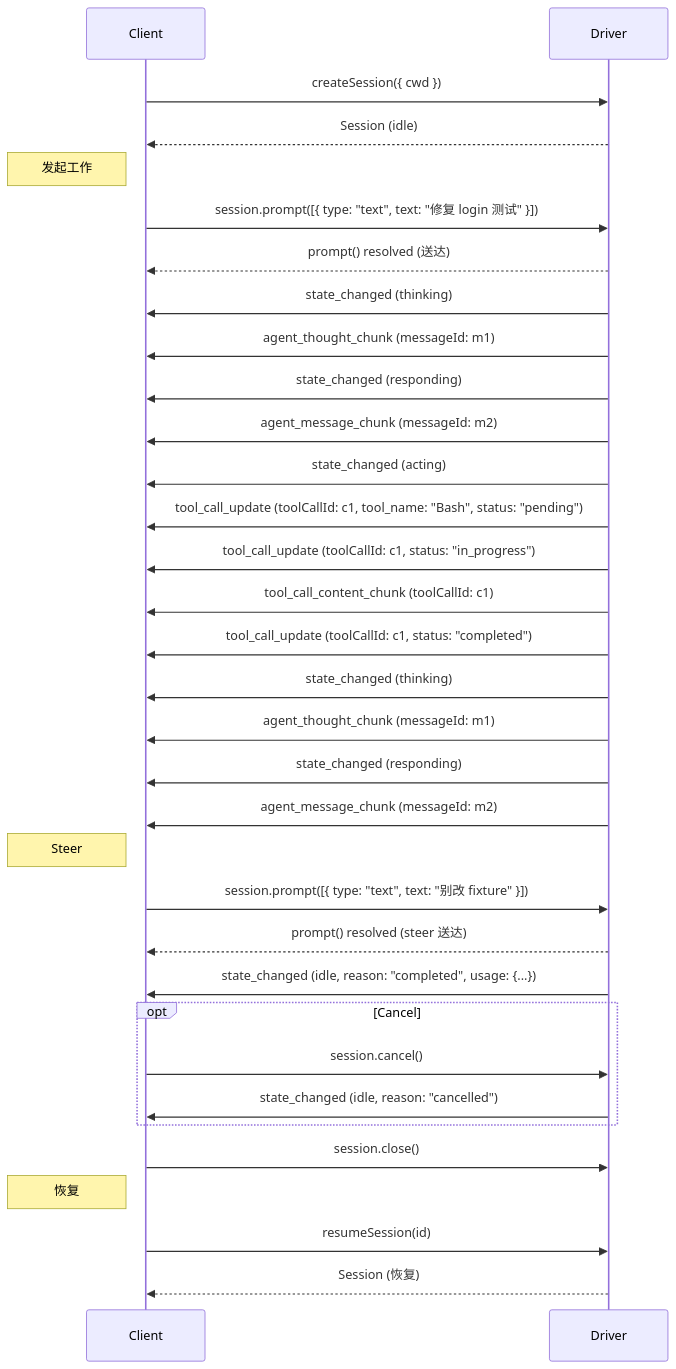
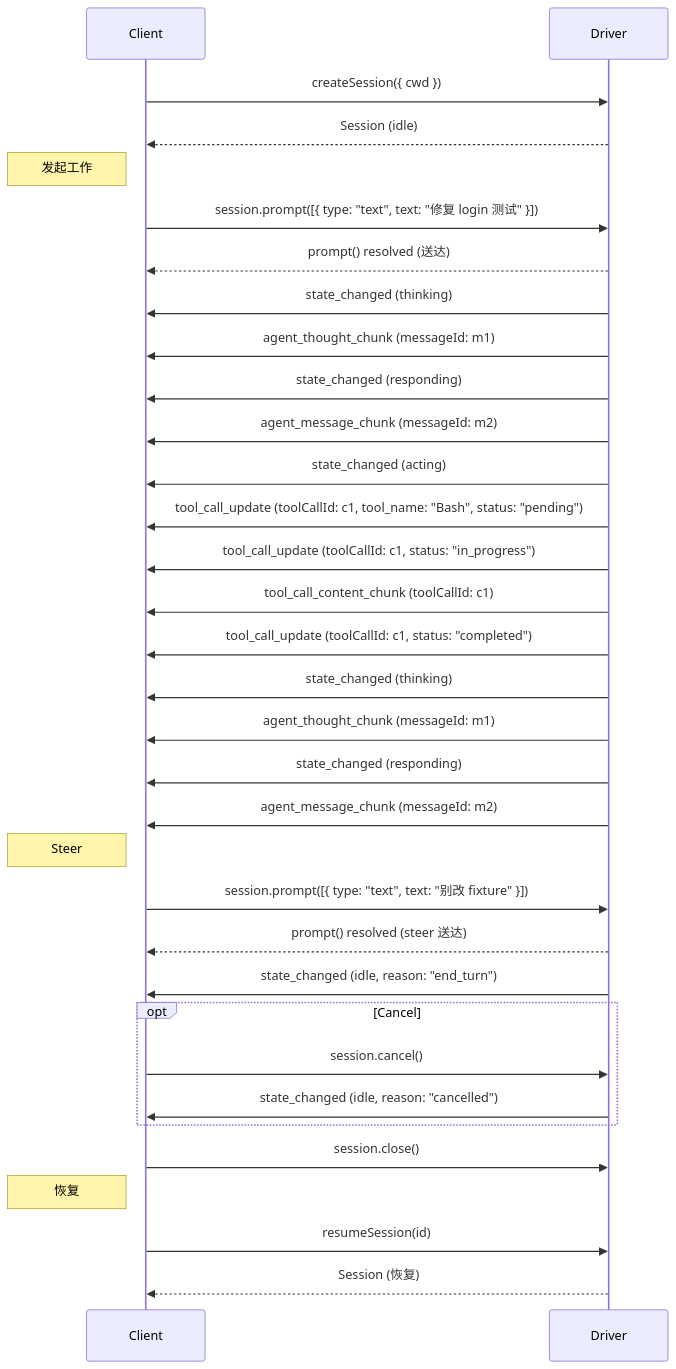
One commit to systemxlabs/amux changed the diagram in AHAL.md. Above: the diagram before and after it, drawn with Mermaid. The commit also changed other lines of this file, not shown here.

First line of the commit message:
AHAL: align stop reason and usage_update with ACP v2

````diff
--- a/AHAL.md
+++ b/AHAL.md
@@ -279,43 +287,43 @@
 ```mermaid
 sequenceDiagram
     participant Client
     participant Driver
 
     Client->>Driver: createSession({ cwd })
     Driver-->>Client: Session (idle)
 
     Note left of Client: 发起工作
     Client->>Driver: session.prompt([{ type: "text", text: "修复 login 测试" }])
     Driver-->>Client: prompt() resolved (送达)
 
     Driver->>Client: state_changed (thinking)
     Driver->>Client: agent_thought_chunk (messageId: m1)
     Driver->>Client: state_changed (responding)
     Driver->>Client: agent_message_chunk (messageId: m2)
     Driver->>Client: state_changed (acting)
     Driver->>Client: tool_call_update (toolCallId: c1, tool_name: "Bash", status: "pending")
     Driver->>Client: tool_call_update (toolCallId: c1, status: "in_progress")
     Driver->>Client: tool_call_content_chunk (toolCallId: c1)
     Driver->>Client: tool_call_update (toolCallId: c1, status: "completed")
     Driver->>Client: state_changed (thinking)
     Driver->>Client: agent_thought_chunk (messageId: m1)
     Driver->>Client: state_changed (responding)
     Driver->>Client: agent_message_chunk (messageId: m2)
 
     Note left of Client: Steer
     Client->>Driver: session.prompt([{ type: "text", text: "别改 fixture" }])
     Driver-->>Client: prompt() resolved (steer 送达)
 
-    Driver->>Client: state_changed (idle, reason: "completed", usage: {...})
+    Driver->>Client: state_changed (idle, reason: "end_turn")
 
     opt Cancel
         Client->>Driver: session.cancel()
         Driver->>Client: state_changed (idle, reason: "cancelled")
     end
 
     Client->>Driver: session.close()
 
     Note left of Client: 恢复
     Client->>Driver: resumeSession(id)
     Driver-->>Client: Session (恢复)
 ```
````
